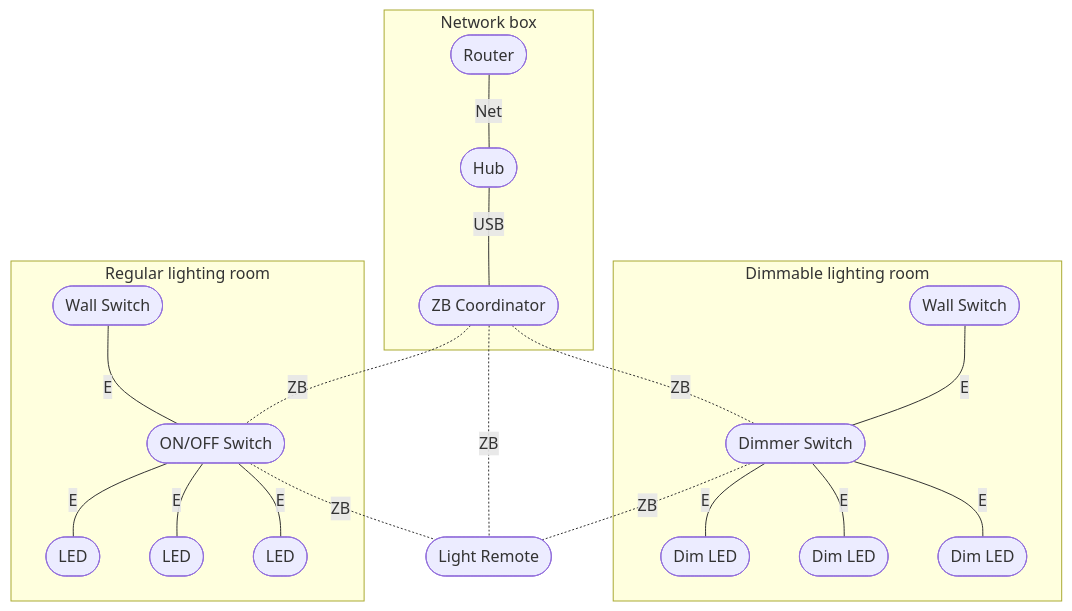
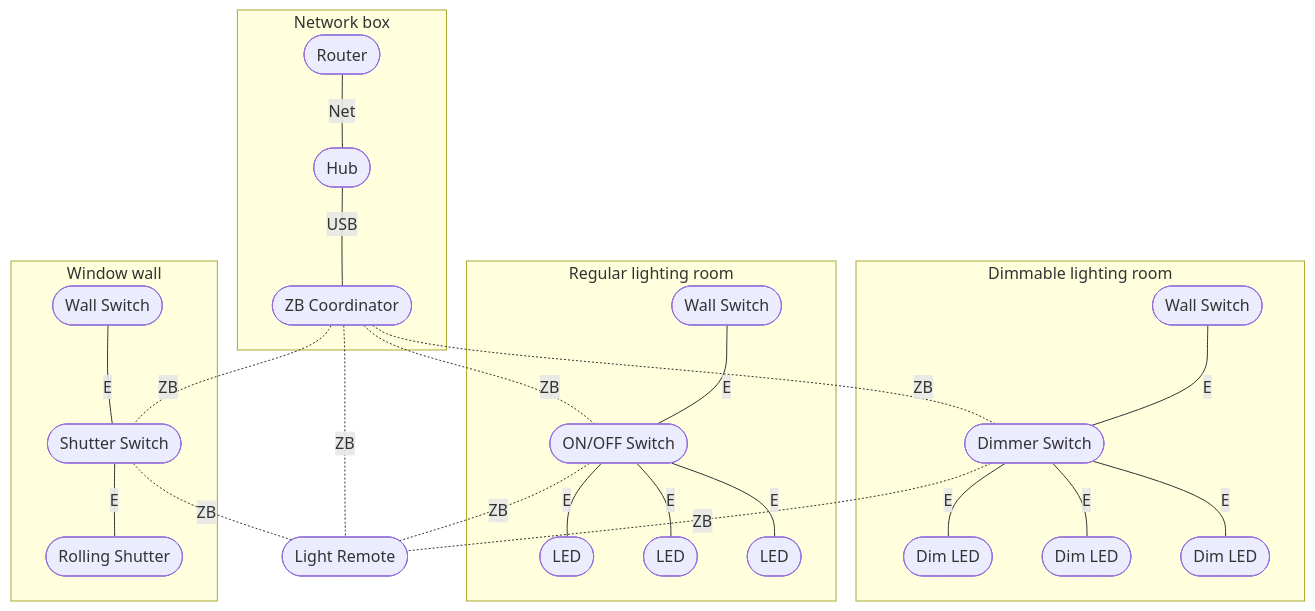
The diagram in content/note/connected-home-switches.md (freenandes/topo-da-mente), drawn with Mermaid before and after one commit.

Commit message:
Dec 20, 2023, 9:35 PM

````diff
--- a/content/note/connected-home-switches.md
+++ b/content/note/connected-home-switches.md
@@ -73,26 +73,33 @@
 ```mermaid
 flowchart TB
 subgraph nwb[Network box]
-    iro([Router]) --Net---
-    hub([Hub]) --USB---
-    coo([ZB Coordinator])
+  iro([Router]) --Net---
+  hub([Hub]) --USB---
+  coo([ZB Coordinator])
 end
 coo -.ZB.- rem([Light Remote])
 subgraph con[Dimmable lighting room]
-    dsw([Dimmer Switch]) --E--- ll1([Dim LED])
-    dsw --E--- ll2([Dim LED])
-    dsw --E--- ll3([Dim LED])
-    wls([Wall Switch]) --E--- dsw
+  dsw([Dimmer Switch]) --E--- ll1([Dim LED])
+  dsw --E--- ll2([Dim LED])
+  dsw --E--- ll3([Dim LED])
+  wls([Wall Switch])
 end
 coo -.ZB.- dsw
 dsw -.ZB.- rem
+wls --E--- dsw
 subgraph reg[Regular lighting room]
-    oos([ON/OFF Switch]) --E--- ll4([LED])
-    oos --E--- ll5([LED])
-    oos --E--- ll6([LED])
-    rws([Wall Switch])
+  oos([ON/OFF Switch]) --E--- ll4([LED])
+  oos --E--- ll5([LED])
+  oos --E--- ll6([LED])
+  rws([Wall Switch])
 end
 coo -.ZB.- oos
 oos -.ZB.- rem
 rws --E--- oos
+subgraph win[Window wall]
+  shs([Shutter Switch]) --E--- shu([Rolling Shutter])
+  wss([Wall Switch]) --E--- shs
+end
+coo -.ZB.- shs
+shs -.ZB.- rem
 ```
````
